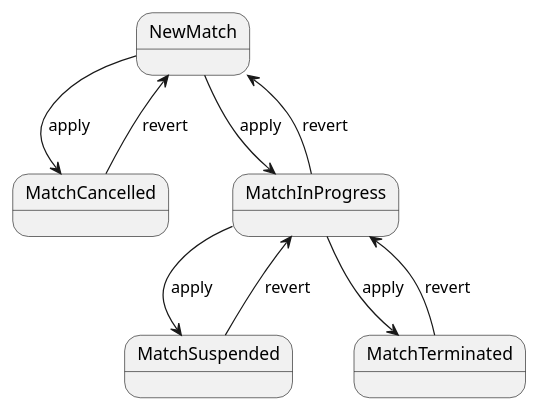
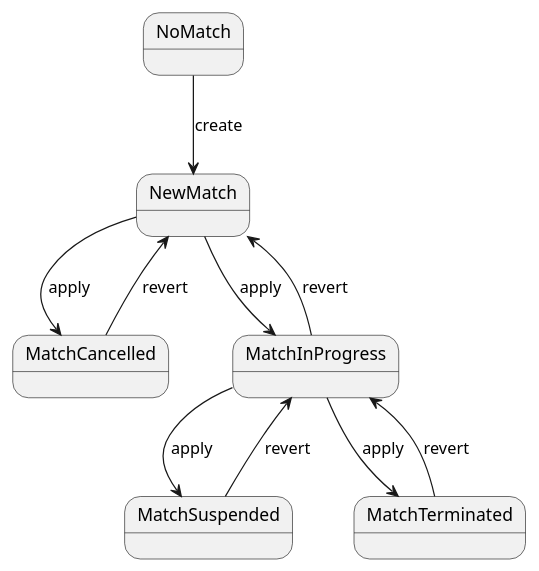
One commit to TristanoSuriani/DeclarativeDesign changed the diagram in docs/Football_State_Diagram.puml. Above: the diagram before and after it, drawn with PlantUML. The commit also changed 9 other files, not shown here.

```diff
--- a/docs/Football_State_Diagram.puml
+++ b/docs/Football_State_Diagram.puml
@@ -1,18 +1,20 @@
 @startuml
 
+state NoMatch
 state NewMatch
 state MatchCancelled
 state MatchInProgress
 state MatchSuspended
 state MatchTerminated
 
+NoMatch -down-> NewMatch : create
 NewMatch -down-> MatchInProgress : apply
 MatchInProgress -up-> NewMatch : revert
 NewMatch -down-> MatchCancelled : apply
 MatchCancelled -up-> NewMatch : revert
 MatchInProgress -down-> MatchSuspended : apply
 MatchSuspended -down-> MatchInProgress : revert
 MatchInProgress -down-> MatchTerminated : apply
 MatchTerminated -down-> MatchInProgress : revert
 
 @enduml
```
